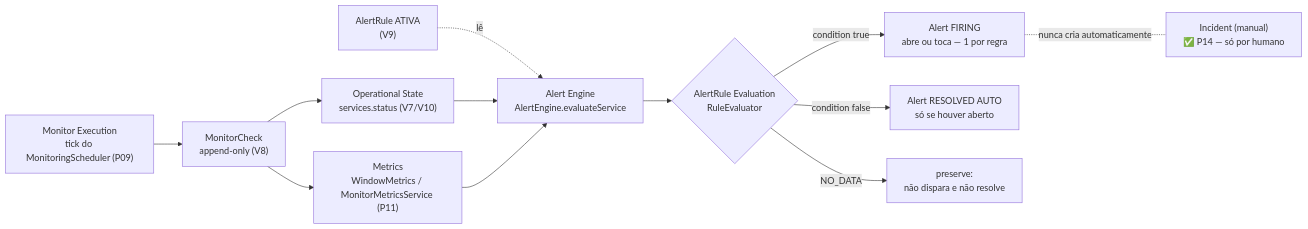
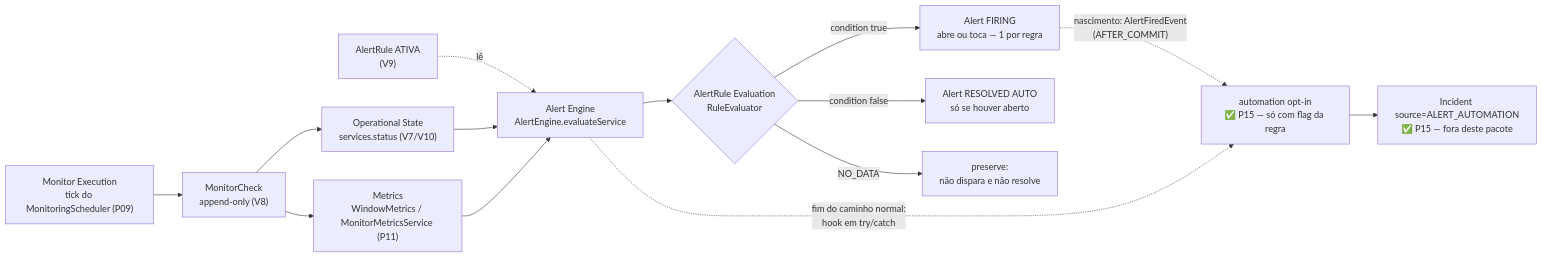
Before and after one commit to diegovieiradv/project-sentinel: the diagram in docs/alert-engine.md, drawn with Mermaid. The commit also changed other lines of this file and 48 other files, not shown here.

````diff
--- a/docs/alert-engine.md
+++ b/docs/alert-engine.md
@@ -37,14 +39,16 @@
 ```mermaid
 graph LR
     EXEC["Monitor Execution<br/>tick do MonitoringScheduler (P09)"] --> CHECK["MonitorCheck<br/>append-only (V8)"]
     CHECK --> STATE["Operational State<br/>services.status (V7/V10)"]
     CHECK --> METRICS["Metrics<br/>WindowMetrics / MonitorMetricsService (P11)"]
     CONFIG["AlertRule ATIVA<br/>(V9)"] -. lê .-> ENGINE
     STATE --> ENGINE["Alert Engine<br/>AlertEngine.evaluateService"]
     METRICS --> ENGINE
     ENGINE --> EVAL{"AlertRule Evaluation<br/>RuleEvaluator"}
     EVAL -->|condition true| FIRING["Alert FIRING<br/>abre ou toca — 1 por regra"]
     EVAL -->|condition false| RESOLVED["Alert RESOLVED AUTO<br/>só se houver aberto"]
     EVAL -->|NO_DATA| PRESERVE["preserve:<br/>não dispara e não resolve"]
-    FIRING -. "nunca cria automaticamente" .- INCIDENT["Incident (manual)<br/>✅ P14 — só por humano"]
+    FIRING -. "nascimento: AlertFiredEvent<br/>(AFTER_COMMIT)" .-> AUTO["automation opt-in<br/>✅ P15 — só com flag da regra"]
+    ENGINE -. "fim do caminho normal:<br/>hook em try/catch" .-> AUTO
+    AUTO --> INCIDENT["Incident source=ALERT_AUTOMATION<br/>✅ P15 — fora deste pacote"]
 ```
````
